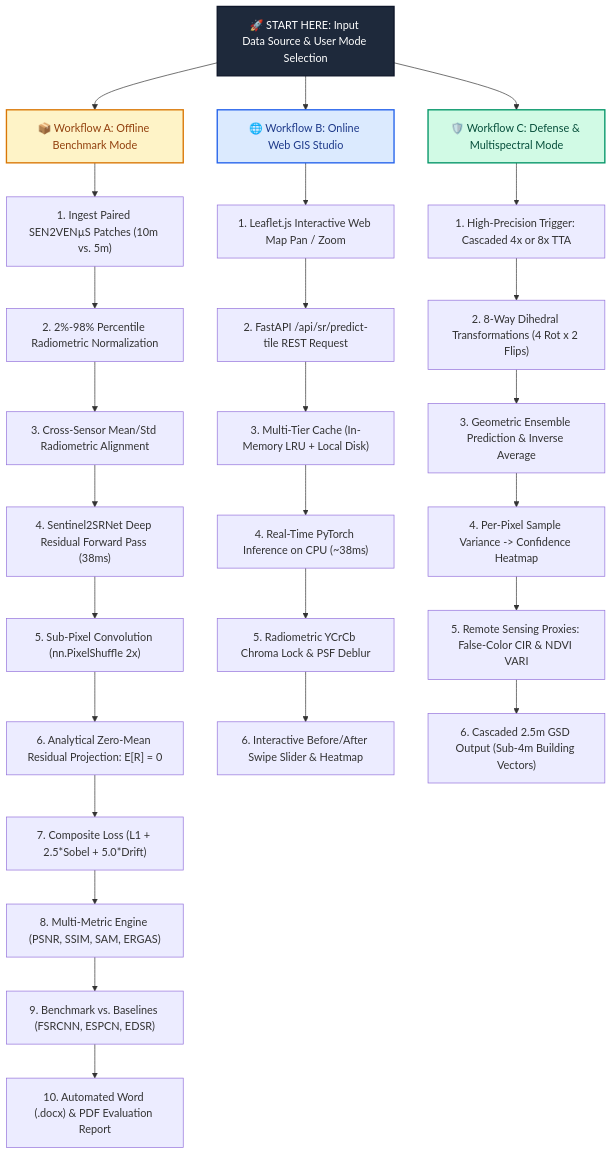
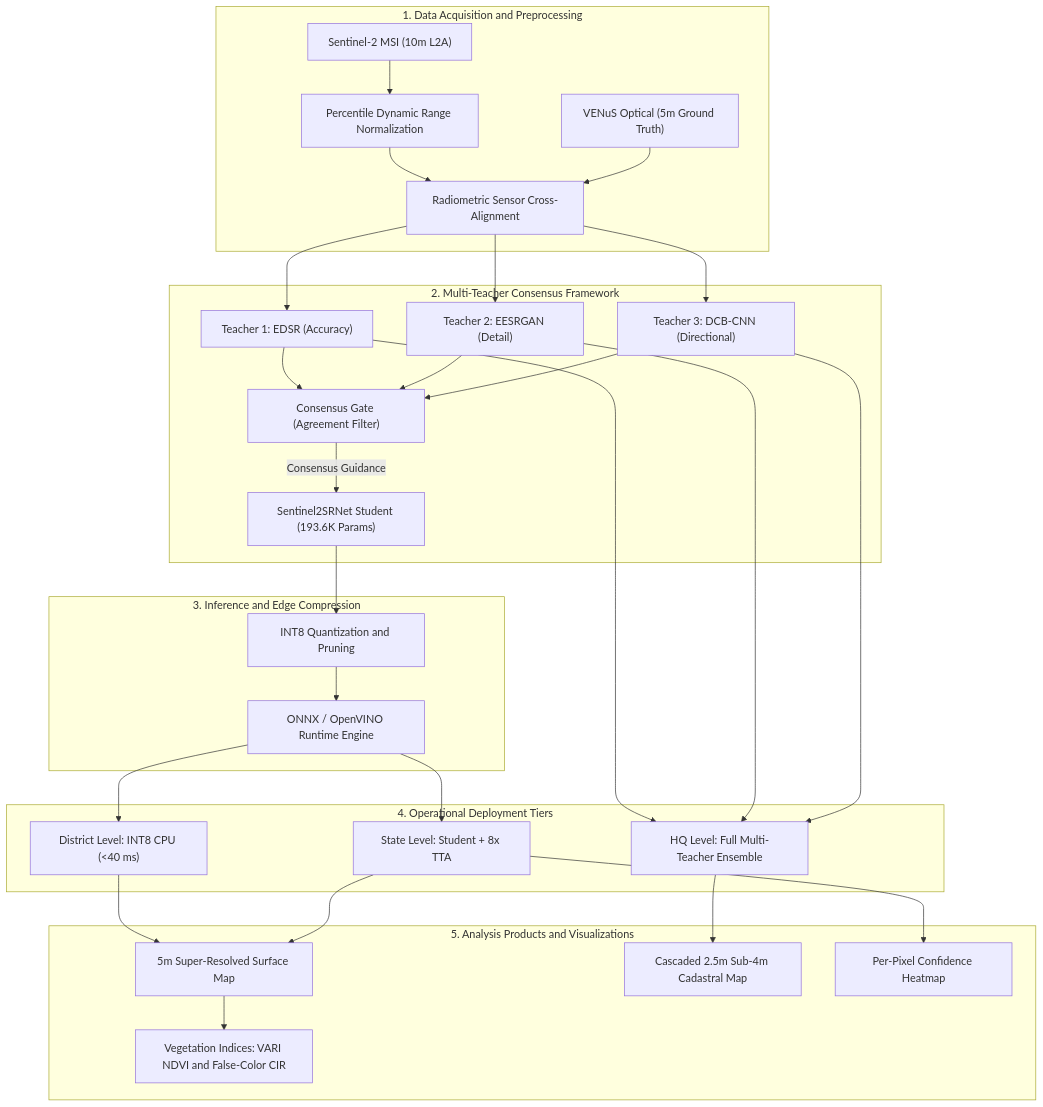
One commit to gamerdox/sr-mapping changed the diagram in TECHNICAL_APPROACH_AND_TECH_STACK.md. Above: the diagram before and after it, drawn with Mermaid. The commit also changed other lines of this file and 6 other files, not shown here.

Commit message:
docs: consolidate project documentation and update deep dives with teacher-student benchmarks

````diff
--- a/TECHNICAL_APPROACH_AND_TECH_STACK.md
+++ b/TECHNICAL_APPROACH_AND_TECH_STACK.md
@@ -19,39 +84,52 @@
 ```mermaid
 graph TD
-    Start["🚀 START HERE: Input Data Source & User Mode Selection"] --> BranchA["📦 Workflow A: Offline Benchmark Mode"]
-    Start --> BranchB["🌐 Workflow B: Online Web GIS Studio"]
-    Start --> BranchC["🛡️ Workflow C: Defense & Multispectral Mode"]
+    subgraph Ingestion ["1. Data Acquisition and Preprocessing"]
+        S2["Sentinel-2 MSI (10m L2A)"]
+        VENUS["VENuS Optical (5m Ground Truth)"]
+        NORM["Percentile Dynamic Range Normalization"]
+        ALIGN["Radiometric Sensor Cross-Alignment"]
+        S2 --> NORM --> ALIGN
+        VENUS --> ALIGN
+    end
 
-    %% Branch A
-    BranchA --> A1["1. Ingest Paired SEN2VENµS Patches (10m vs. 5m)"]
-    A1 --> A2["2. 2%-98% Percentile Radiometric Normalization"]
-    A2 --> A3["3. Cross-Sensor Mean/Std Radiometric Alignment"]
-    A3 --> A4["4. Sentinel2SRNet Deep Residual Forward Pass (38ms)"]
-    A4 --> A5["5. Sub-Pixel Convolution (nn.PixelShuffle 2x)"]
-    A5 --> A6["6. Analytical Zero-Mean Residual Projection: E[R] = 0"]
-    A6 --> A7["7. Composite Loss (L1 + 2.5*Sobel + 5.0*Drift)"]
-    A7 --> A8["8. Multi-Metric Engine (PSNR, SSIM, SAM, ERGAS)"]
-    A8 --> A9["9. Benchmark vs. Baselines (FSRCNN, ESPCN, EDSR)"]
-    A9 --> A10["10. Automated Word (.docx) & PDF Evaluation Report"]
+    subgraph DistillationFramework ["2. Multi-Teacher Consensus Framework"]
+        T1["Teacher 1: EDSR (Accuracy)"]
+        T2["Teacher 2: EESRGAN (Detail)"]
+        T3["Teacher 3: DCB-CNN (Directional)"]
+        GATE["Consensus Gate (Agreement Filter)"]
+        STUDENT["Sentinel2SRNet Student (193.6K Params)"]
+        ALIGN --> T1 --> GATE
+        ALIGN --> T2 --> GATE
+        ALIGN --> T3 --> GATE
+        GATE -->|Consensus Guidance| STUDENT
+    end
 
-    %% Branch B
-    BranchB --> B1["1. Leaflet.js Interactive Web Map Pan / Zoom"]
-    B1 --> B2["2. FastAPI /api/sr/predict-tile REST Request"]
-    B2 --> B3["3. Multi-Tier Cache (In-Memory LRU + Local Disk)"]
-    B3 --> B4["4. Real-Time PyTorch Inference on CPU (~38ms)"]
-    B4 --> B5["5. Radiometric YCrCb Chroma Lock & PSF Deblur"]
-    B5 --> B6["6. Interactive Before/After Swipe Slider & Heatmap"]
+    subgraph EdgeEngine ["3. Inference and Edge Compression"]
+        ONNX["ONNX / OpenVINO Runtime Engine"]
+        QUANT["INT8 Quantization and Pruning"]
+        STUDENT --> QUANT --> ONNX
+    end
 
-    %% Branch C
-    BranchC --> C1["1. High-Precision Trigger: Cascaded 4x or 8x TTA"]
-    C1 --> C2["2. 8-Way Dihedral Transformations (4 Rot x 2 Flips)"]
-    C2 --> C3["3. Geometric Ensemble Prediction & Inverse Average"]
-    C3 --> C4["4. Per-Pixel Sample Variance -> Confidence Heatmap"]
-    C4 --> C5["5. Remote Sensing Proxies: False-Color CIR & NDVI VARI"]
-    C5 --> C6["6. Cascaded 2.5m GSD Output (Sub-4m Building Vectors)"]
+    subgraph ServiceTiers ["4. Operational Deployment Tiers"]
+        DISTRICT["District Level: INT8 CPU (<40 ms)"]
+        STATE["State Level: Student + 8x TTA"]
+        HQ["HQ Level: Full Multi-Teacher Ensemble"]
+        ONNX --> DISTRICT
+        ONNX --> STATE
+        T1 --> HQ
+        T2 --> HQ
+        T3 --> HQ
+    end
 
-    style Start fill:#1E293B,stroke:#0F172A,stroke-width:2px,color:#fff
-    style BranchA fill:#FEF3C7,stroke:#D97706,stroke-width:2px,color:#92400E
-    style BranchB fill:#DBEAFE,stroke:#2563EB,stroke-width:2px,color:#1E3A8A
-    style BranchC fill:#D1FAE5,stroke:#059669,stroke-width:2px,color:#064E3B
+    subgraph Products ["5. Analysis Products and Visualizations"]
+        MAP5M["5m Super-Resolved Surface Map"]
+        MAP25M["Cascaded 2.5m Sub-4m Cadastral Map"]
+        CONF["Per-Pixel Confidence Heatmap"]
+        INDICES["Vegetation Indices: VARI NDVI and False-Color CIR"]
+        DISTRICT --> MAP5M
+        STATE --> MAP5M
+        STATE --> CONF
+        HQ --> MAP25M
+        MAP5M --> INDICES
+    end
 ```
````
